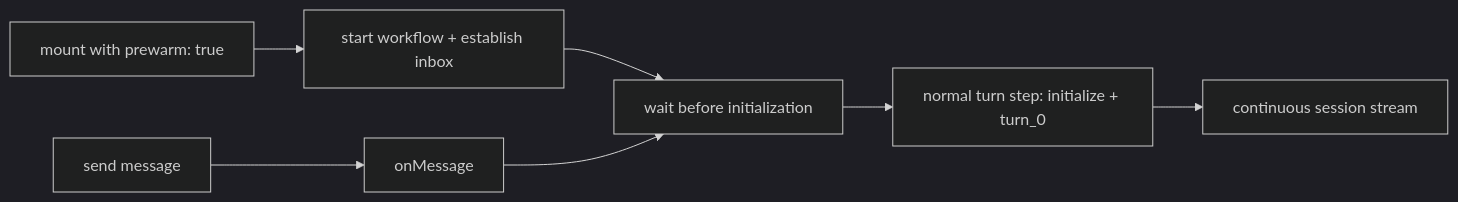
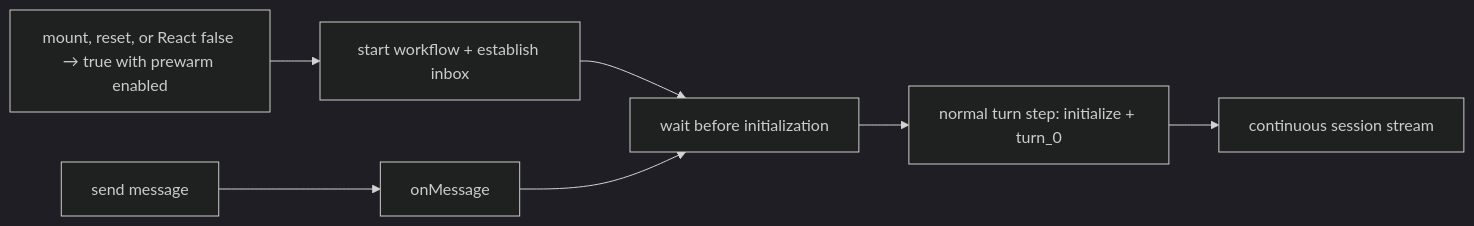
One commit to vercel/eve changed the diagram in research/session-prewarming.md. Above: the diagram before and after it, drawn with Mermaid (dark theme). The commit also changed other lines of this file and 5 other files, not shown here.

````diff
--- a/research/session-prewarming.md
+++ b/research/session-prewarming.md
@@ -42,9 +45,9 @@
 ```mermaid
 flowchart LR
-  Mount["mount with prewarm: true"] --> Create["start workflow + establish inbox"]
+  Trigger["mount, reset, or React false → true with prewarm enabled"] --> Create["start workflow + establish inbox"]
   Create --> Wait["wait before initialization"]
   Send["send message"] --> Channel["onMessage"]
   Channel --> Wait
   Wait --> Init["normal turn step: initialize + turn_0"]
   Init --> Stream["continuous session stream"]
 ```
````
